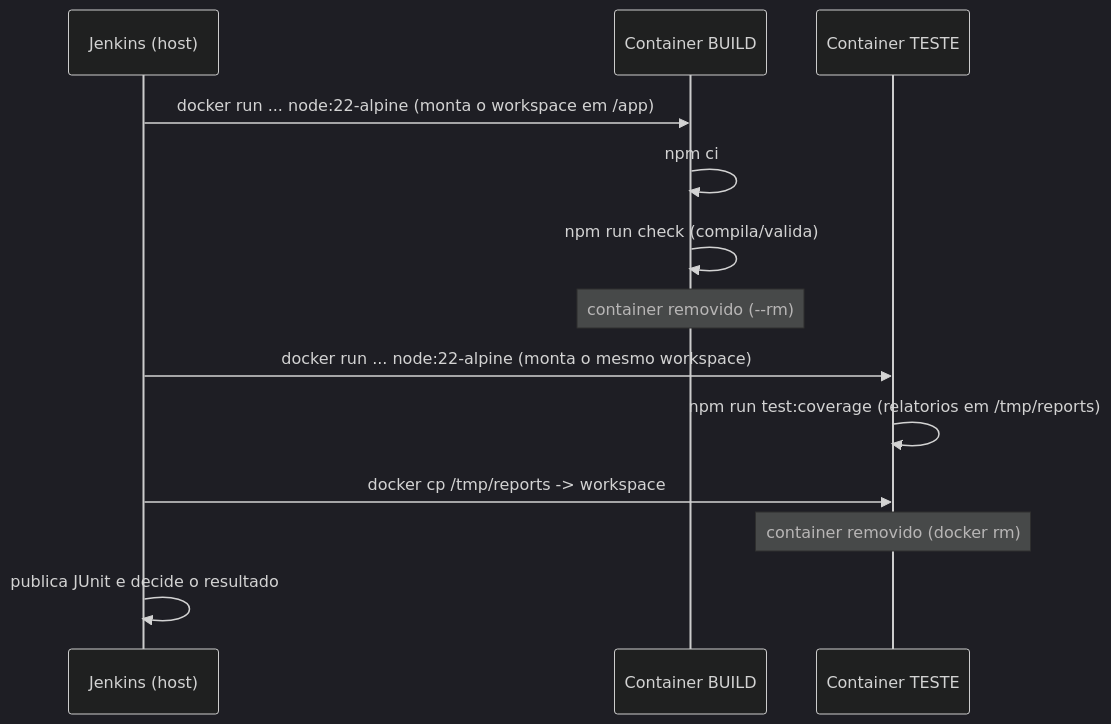
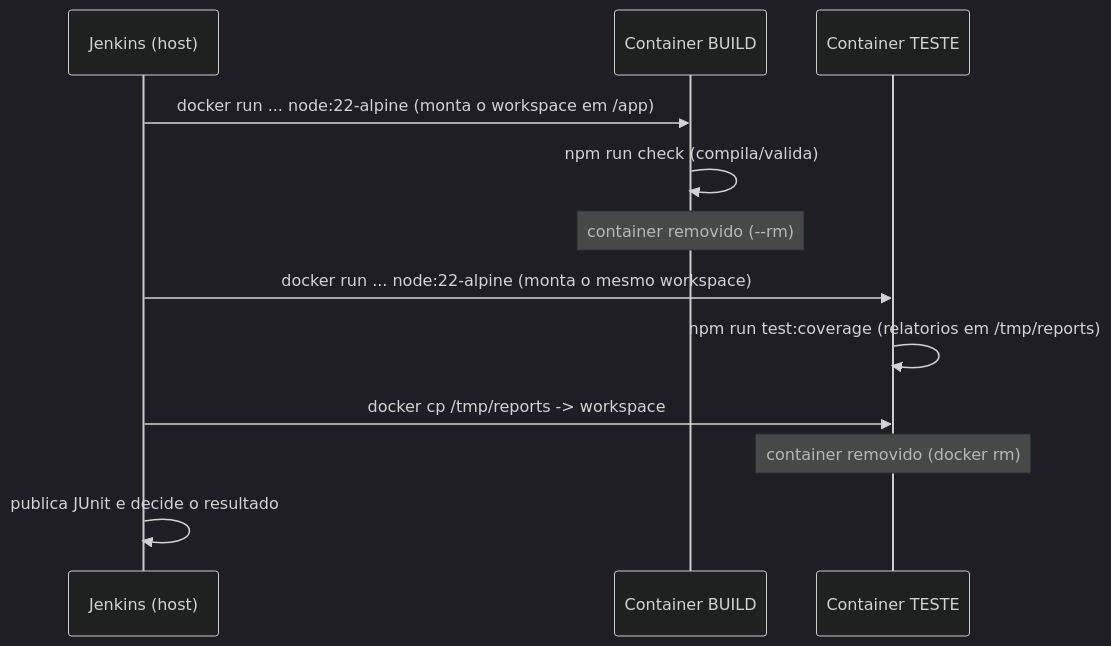
The third of 3 diagrams in docs/arquitetura-docker.md (DanielTrindade/jenkins-trabalho), drawn with Mermaid (dark theme) before and after one commit. The commit also changed other lines of this file and 5 other files, not shown here.

````diff
--- a/docs/arquitetura-docker.md
+++ b/docs/arquitetura-docker.md
@@ -100,15 +98,14 @@
 ```mermaid
 sequenceDiagram
     participant J as Jenkins (host)
     participant B as Container BUILD
     participant T as Container TESTE
     J->>B: docker run ... node:22-alpine (monta o workspace em /app)
-    B->>B: npm ci
     B->>B: npm run check (compila/valida)
     Note over B: container removido (--rm)
     J->>T: docker run ... node:22-alpine (monta o mesmo workspace)
     T->>T: npm run test:coverage (relatorios em /tmp/reports)
     J->>T: docker cp /tmp/reports -> workspace
     Note over T: container removido (docker rm)
     J->>J: publica JUnit e decide o resultado
 ```
````
